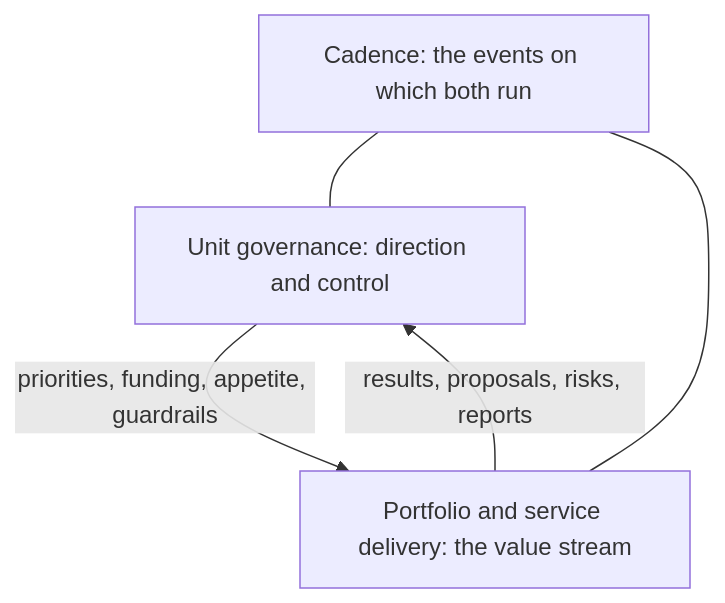
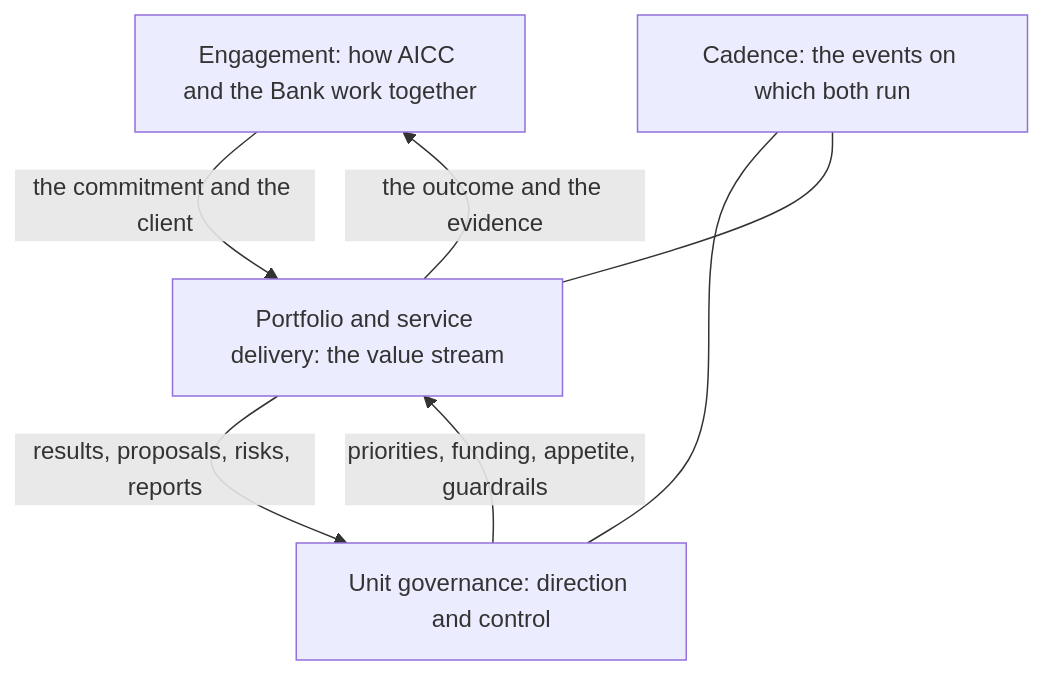
Before and after one commit to devhogu/ob-aicc: the diagram in charter/workflows/README.md, drawn with Mermaid. The commit also changed other lines of this file and 34 other files, not shown here.

````diff
--- a/charter/workflows/README.md
+++ b/charter/workflows/README.md
@@ -14,10 +15,13 @@
 ```mermaid
 flowchart TB
+  E["Engagement: how AICC and the Bank work together"]
   G["Unit governance: direction and control"]
   S["Portfolio and service delivery: the value stream"]
   C["Cadence: the events on which both run"]
+  E -->|the commitment and the client| S
+  S -->|the outcome and the evidence| E
   G -->|priorities, funding, appetite, guardrails| S
   S -->|results, proposals, risks, reports| G
   C --- G
   C --- S
 ```
````
